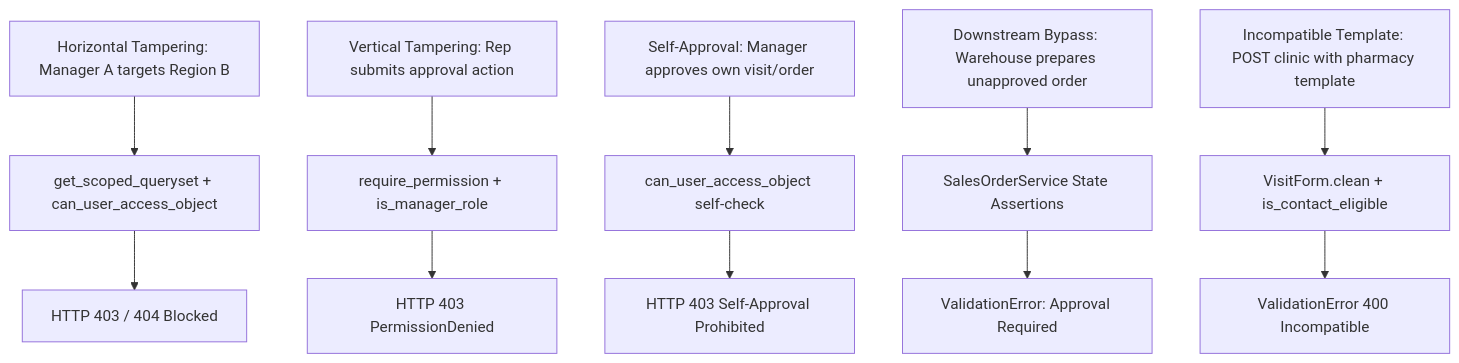
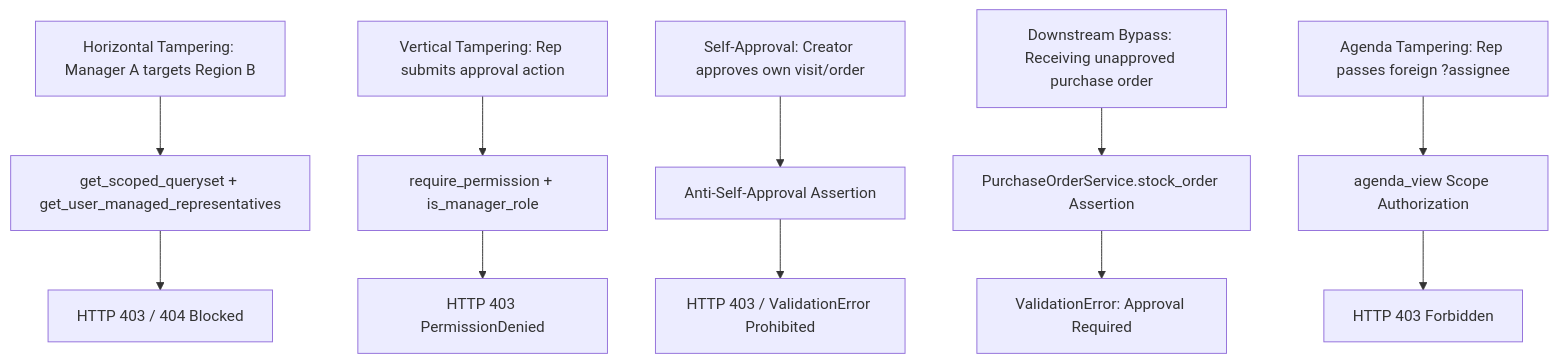
The diagram in docs/SECURITY_REVIEW.md (mego354/WEA), drawn with Mermaid before and after one commit. The commit also changed other lines of this file and 159 other files, not shown here.

````diff
--- a/docs/SECURITY_REVIEW.md
+++ b/docs/SECURITY_REVIEW.md
@@ -19,17 +19,17 @@
 ```mermaid
 graph TD
-    Attack1[Horizontal Tampering: Manager A targets Region B] --> Guard1[get_scoped_queryset + can_user_access_object]
+    Attack1[Horizontal Tampering: Manager A targets Region B] --> Guard1[get_scoped_queryset + get_user_managed_representatives]
     Guard1 --> Pass1[HTTP 403 / 404 Blocked]
     
     Attack2[Vertical Tampering: Rep submits approval action] --> Guard2[require_permission + is_manager_role]
     Guard2 --> Pass2[HTTP 403 PermissionDenied]
     
-    Attack3[Self-Approval: Manager approves own visit/order] --> Guard3[can_user_access_object self-check]
-    Guard3 --> Pass3[HTTP 403 Self-Approval Prohibited]
+    Attack3[Self-Approval: Creator approves own visit/order] --> Guard3[Anti-Self-Approval Assertion]
+    Guard3 --> Pass3[HTTP 403 / ValidationError Prohibited]
     
-    Attack4[Downstream Bypass: Warehouse prepares unapproved order] --> Guard4[SalesOrderService State Assertions]
+    Attack4[Downstream Bypass: Receiving unapproved purchase order] --> Guard4[PurchaseOrderService.stock_order Assertion]
     Guard4 --> Pass4[ValidationError: Approval Required]
     
-    Attack5[Incompatible Template: POST clinic with pharmacy template] --> Guard5[VisitForm.clean + is_contact_eligible]
-    Guard5 --> Pass5[ValidationError 400 Incompatible]
+    Attack5[Agenda Tampering: Rep passes foreign ?assignee] --> Guard5[agenda_view Scope Authorization]
+    Guard5 --> Pass5[HTTP 403 Forbidden]
 ```
````
